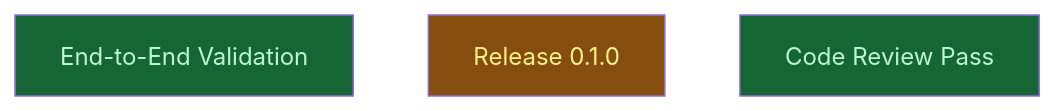
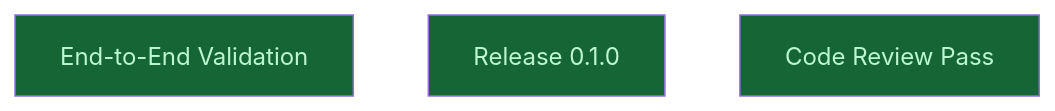
One commit to CrackingShells/colgrep-mcp changed the diagram in __roadmap__/colgrep_mcp/build/tools/integrate/verify/README.md. Above: the diagram before and after it, drawn with Mermaid. The commit also changed other lines of this file and 5 other files, not shown here.

Commit message:
docs(roadmap): close campaign colgrep_mcp — all nodes done

````diff
--- a/__roadmap__/colgrep_mcp/build/tools/integrate/verify/README.md
+++ b/__roadmap__/colgrep_mcp/build/tools/integrate/verify/README.md
@@ -17,11 +17,11 @@
 ```mermaid
 graph TD
     e2e_validation[End-to-End Validation]:::done
-    release_0_1_0[Release 0.1.0]:::inprogress
+    release_0_1_0[Release 0.1.0]:::done
     code_review[Code Review Pass]:::done
     classDef done       fill:#166534,color:#bbf7d0
     classDef inprogress fill:#854d0e,color:#fef08a
     classDef planned    fill:#374151,color:#e5e7eb
     classDef amendment  fill:#1e3a5f,color:#bfdbfe
     classDef blocked    fill:#7f1d1d,color:#fecaca
 ```
````
